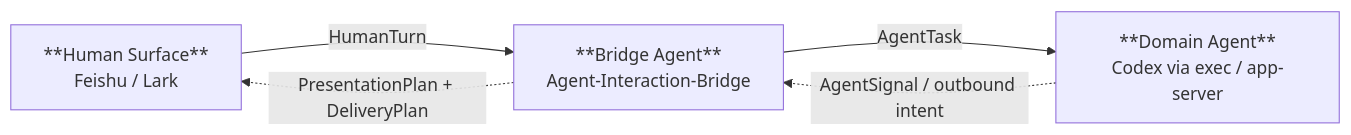
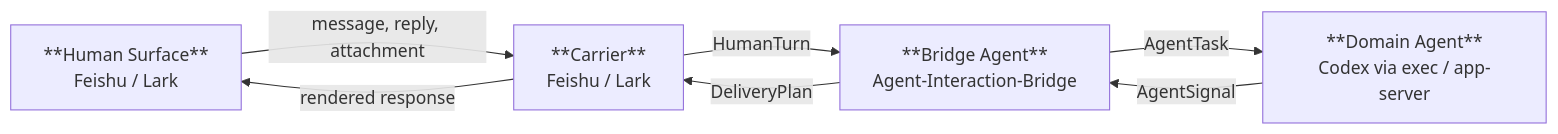
One commit to cloudsbeyond/agent-interaction-bridge changed the first of 3 diagrams in README.md. Above: the diagram before and after it, drawn with Mermaid. The commit also changed other lines of this file and 5 other files, not shown here.

Commit message:
docs: align product and architecture contracts

````diff
--- a/README.md
+++ b/README.md
@@ -21,10 +21,13 @@
 ```mermaid
 flowchart LR
   user["**Human Surface**<br/>Feishu / Lark"]
+  carrier["**Carrier**<br/>Feishu / Lark"]
   bridge["**Bridge Agent**<br/>Agent-Interaction-Bridge"]
   codex["**Domain Agent**<br/>Codex via exec / app-server"]
-  user -->|"HumanTurn"| bridge
+  user -->|"message, reply, attachment"| carrier
+  carrier -->|"HumanTurn"| bridge
   bridge -->|"AgentTask"| codex
-  codex -. "AgentSignal / outbound intent" .-> bridge
-  bridge -. "PresentationPlan + DeliveryPlan" .-> user
+  codex -->|"AgentSignal"| bridge
+  bridge -->|"DeliveryPlan"| carrier
+  carrier -->|"rendered response"| user
 ```
````
